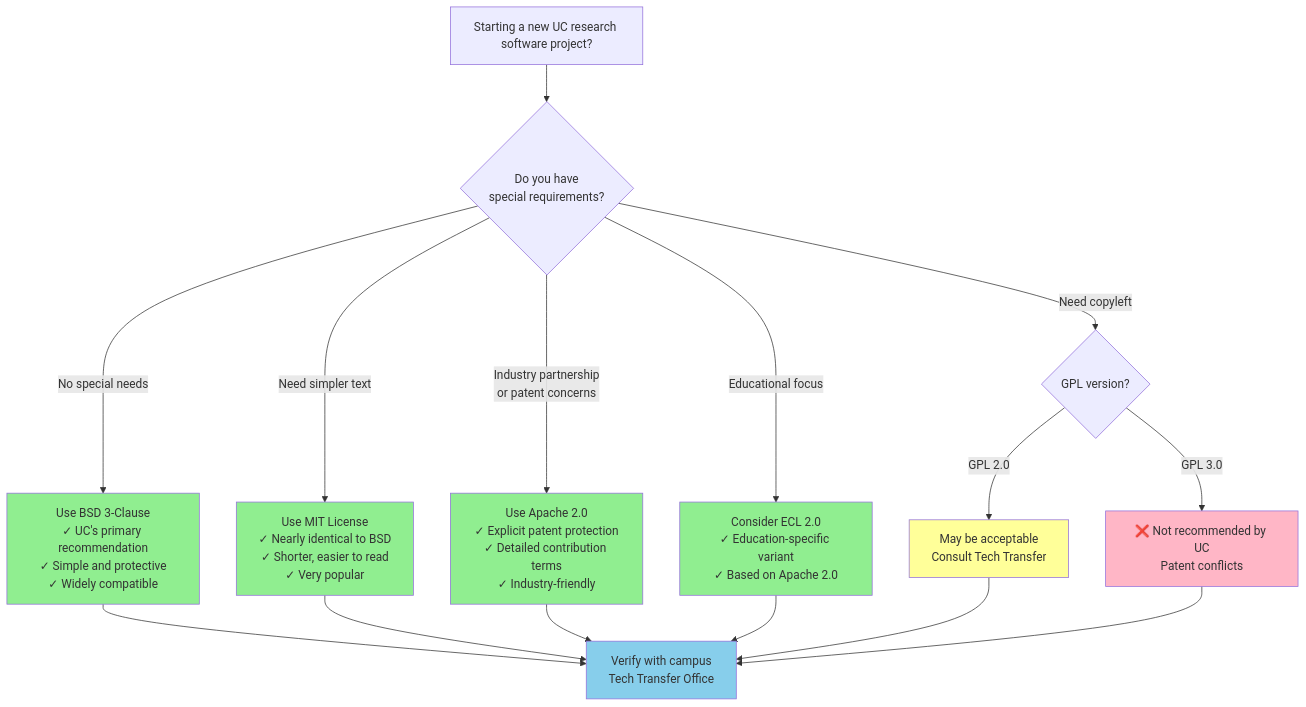
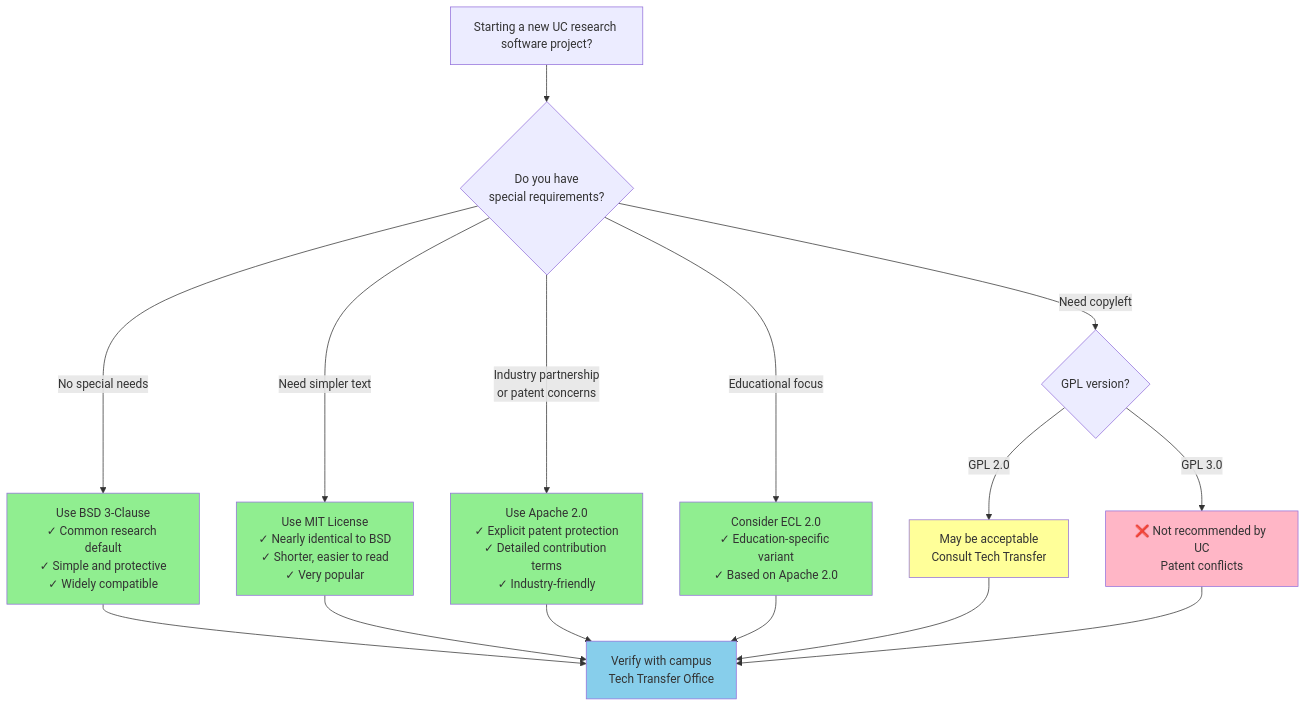
The diagram in episodes/open-source-license.md (UC-OSPO-Network/research-software-citable-discoverable), drawn with Mermaid before and after one commit. The commit also changed other lines of this file and 21 other files, not shown here.

````diff
--- a/episodes/open-source-license.md
+++ b/episodes/open-source-license.md
@@ -82,32 +102,32 @@
 ``` mermaid
 graph TD
     Start[Starting a new UC research software project?] --> Check{Do you have<br/>special requirements?}
     
-    Check -->|No special needs| BSD[Use BSD 3-Clause<br/>✓ UC's primary recommendation<br/>✓ Simple and protective<br/>✓ Widely compatible]
+    Check -->|No special needs| BSD[Use BSD 3-Clause<br/>✓ Common research default<br/>✓ Simple and protective<br/>✓ Widely compatible]
     
     Check -->|Need simpler text| MIT[Use MIT License<br/>✓ Nearly identical to BSD<br/>✓ Shorter, easier to read<br/>✓ Very popular]
     
     Check -->|Industry partnership<br/>or patent concerns| Apache[Use Apache 2.0<br/>✓ Explicit patent protection<br/>✓ Detailed contribution terms<br/>✓ Industry-friendly]
     
     Check -->|Educational focus| ECL[Consider ECL 2.0<br/>✓ Education-specific variant<br/>✓ Based on Apache 2.0]
     
     BSD --> TTO[Verify with campus<br/>Tech Transfer Office]
     MIT --> TTO
     Apache --> TTO
     ECL --> TTO
     
     Check -->|Need copyleft| Copyleft{GPL version?}
     Copyleft -->|GPL 2.0| GPL2[May be acceptable<br/>Consult Tech Transfer]
     Copyleft -->|GPL 3.0| GPL3[❌ Not recommended by UC<br/>Patent conflicts]
     
     GPL2 --> TTO
     GPL3 --> TTO
     
     style BSD fill:#90EE90
     style MIT fill:#90EE90
     style Apache fill:#90EE90
     style ECL fill:#90EE90
     style GPL2 fill:#FFFF99
     style GPL3 fill:#FFB6C6
     style TTO fill:#87CEEB
 ```
````
